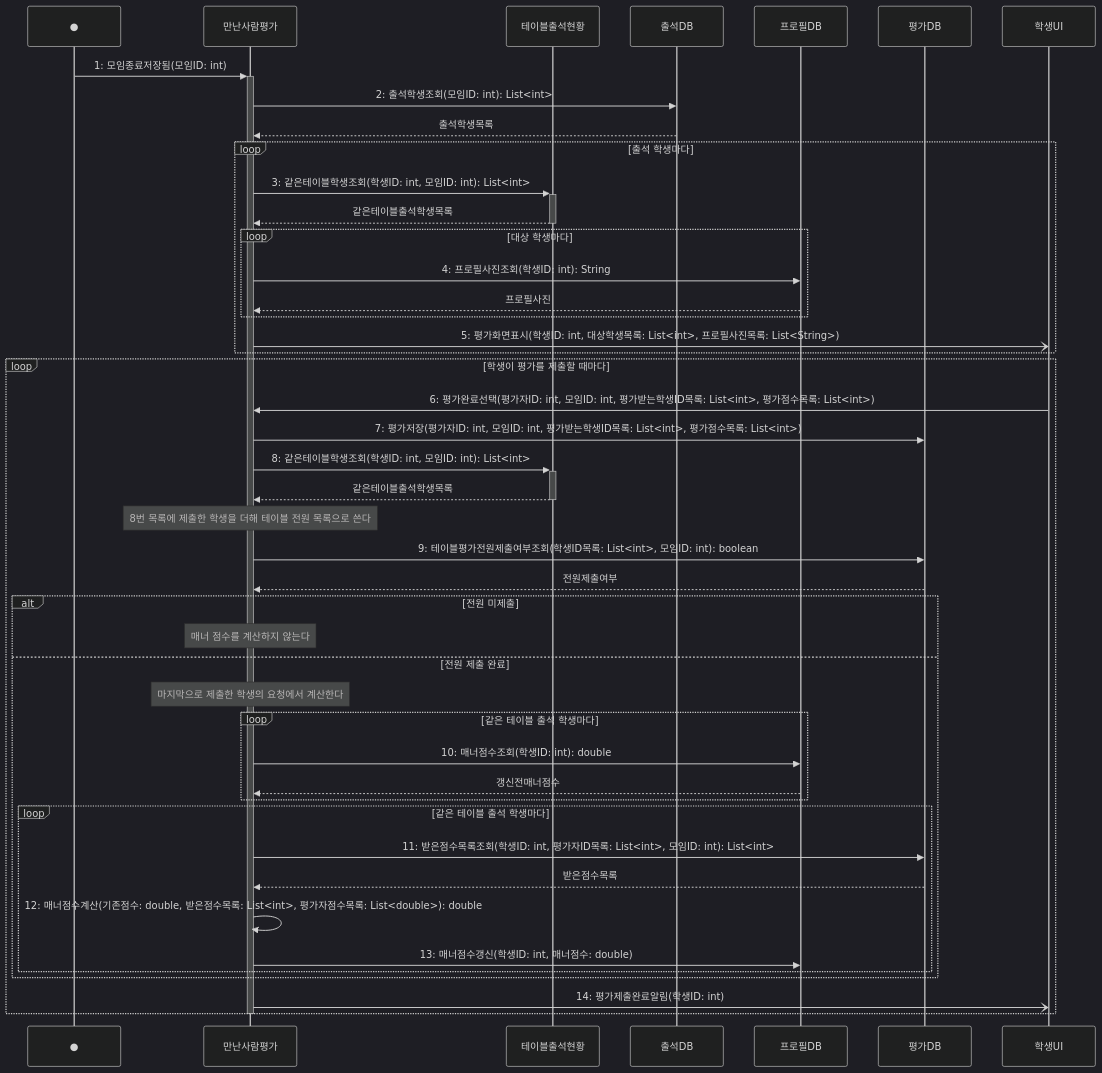
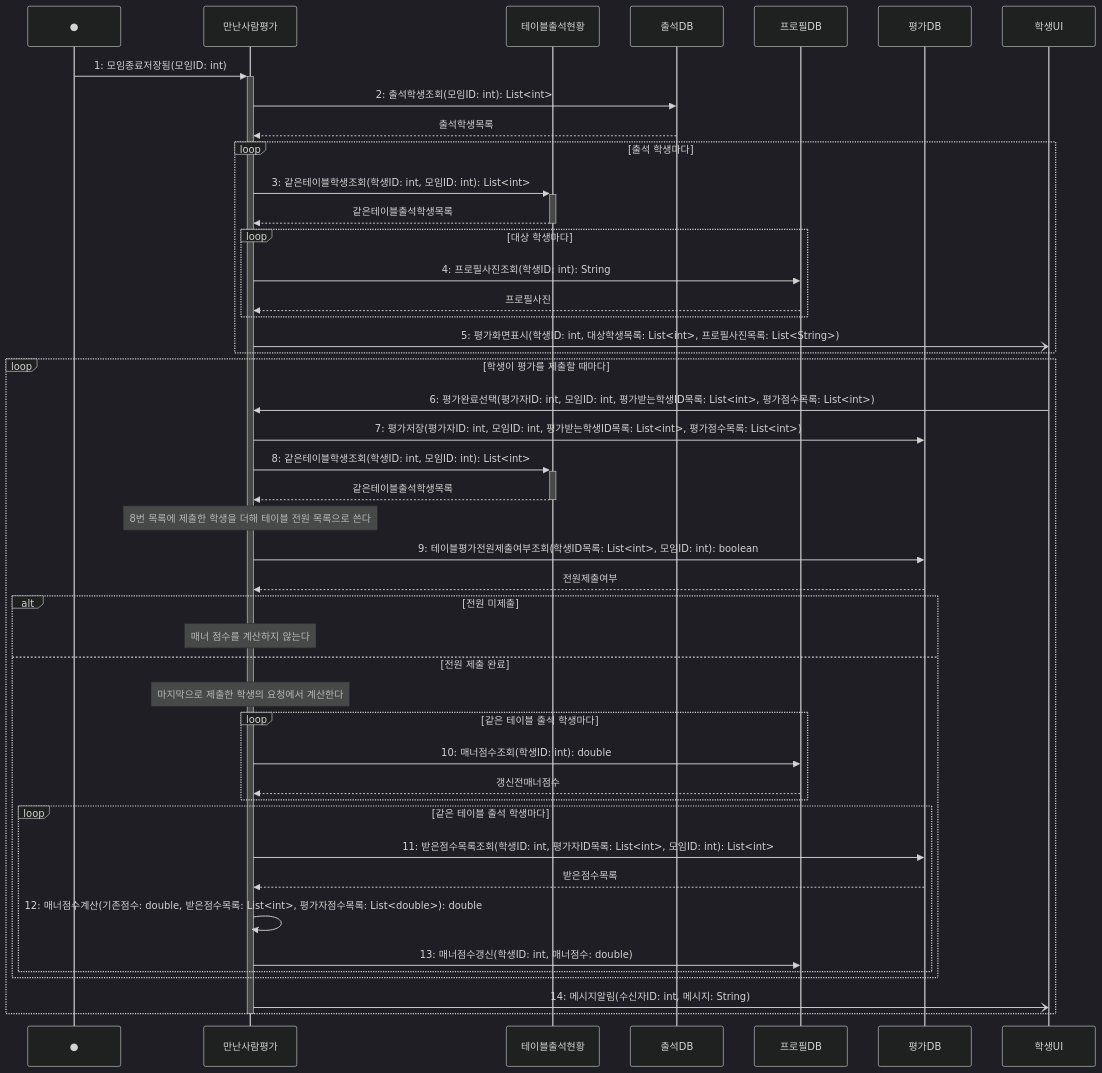
One commit to hojae3/sw-engineering-16 changed the diagram in sequence/seq-10.md. Above: the diagram before and after it, drawn with Mermaid (dark theme). The commit also changed other lines of this file and 9 other files, not shown here.

````diff
--- a/sequence/seq-10.md
+++ b/sequence/seq-10.md
@@ -25,51 +25,51 @@
 ```mermaid
 sequenceDiagram
     participant Found as ●
     participant 평가 as 만난사람평가
     participant 현황 as 테이블출석현황
     participant 출석DB as 출석DB
     participant 프로필DB as 프로필DB
     participant 평가DB as 평가DB
     participant 학생UI as 학생UI
 
     Found->>+평가: 1: 모임종료저장됨(모임ID: int)
     평가->>출석DB: 2: 출석학생조회(모임ID: int): List<int>
     출석DB-->>평가: 출석학생목록
     loop 출석 학생마다
         평가->>+현황: 3: 같은테이블학생조회(학생ID: int, 모임ID: int): List<int>
         현황-->>-평가: 같은테이블출석학생목록
         loop 대상 학생마다
             평가->>프로필DB: 4: 프로필사진조회(학생ID: int): String
             프로필DB-->>평가: 프로필사진
         end
         평가-)학생UI: 5: 평가화면표시(학생ID: int, 대상학생목록: List<int>, 프로필사진목록: List<String>)
     end
 
     loop 학생이 평가를 제출할 때마다
         학생UI->>평가: 6: 평가완료선택(평가자ID: int, 모임ID: int, 평가받는학생ID목록: List<int>, 평가점수목록: List<int>)
         평가->>평가DB: 7: 평가저장(평가자ID: int, 모임ID: int, 평가받는학생ID목록: List<int>, 평가점수목록: List<int>)
         평가->>+현황: 8: 같은테이블학생조회(학생ID: int, 모임ID: int): List<int>
         현황-->>-평가: 같은테이블출석학생목록
         Note over 평가: 8번 목록에 제출한 학생을 더해 테이블 전원 목록으로 쓴다
         평가->>평가DB: 9: 테이블평가전원제출여부조회(학생ID목록: List<int>, 모임ID: int): boolean
         평가DB-->>평가: 전원제출여부
 
         alt 전원 미제출
             Note over 평가: 매너 점수를 계산하지 않는다
         else 전원 제출 완료
             Note over 평가: 마지막으로 제출한 학생의 요청에서 계산한다
             loop 같은 테이블 출석 학생마다
                 평가->>프로필DB: 10: 매너점수조회(학생ID: int): double
                 프로필DB-->>평가: 갱신전매너점수
             end
             loop 같은 테이블 출석 학생마다
                 평가->>평가DB: 11: 받은점수목록조회(학생ID: int, 평가자ID목록: List<int>, 모임ID: int): List<int>
                 평가DB-->>평가: 받은점수목록
                 평가->>평가: 12: 매너점수계산(기존점수: double, 받은점수목록: List<int>, 평가자점수목록: List<double>): double
                 평가->>프로필DB: 13: 매너점수갱신(학생ID: int, 매너점수: double)
             end
         end
-        평가-)학생UI: 14: 평가제출완료알림(학생ID: int)
+        평가-)학생UI: 14: 메시지알림(수신자ID: int, 메시지: String)
     end
     deactivate 평가
 ```
````
